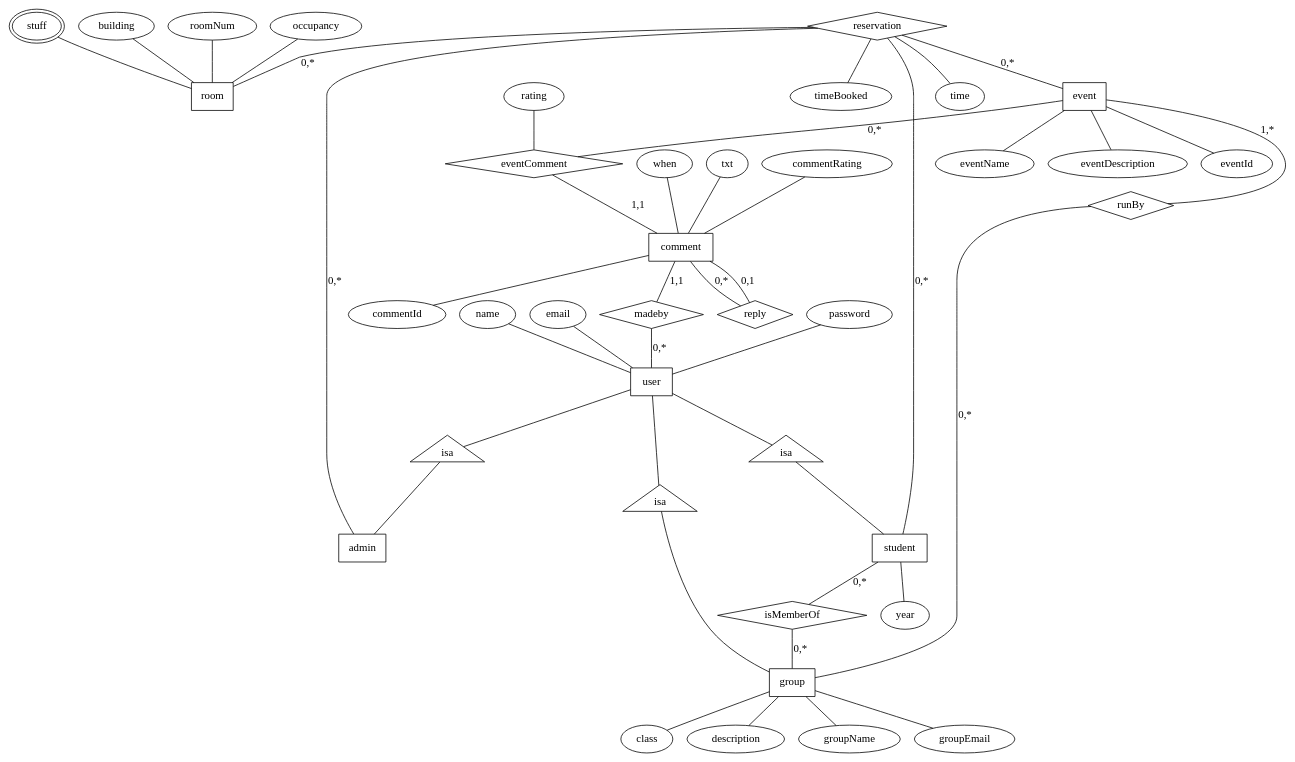
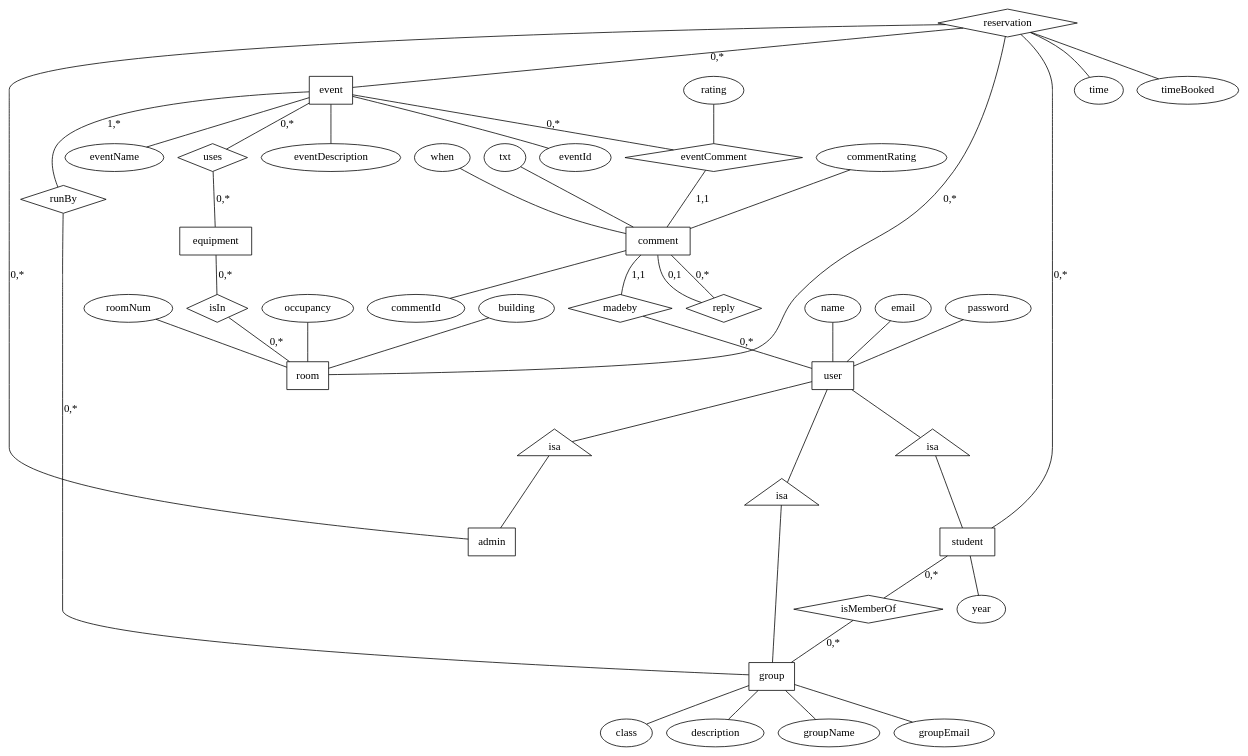
The diagram in ERmodel.dot (AstraLuma/restracker), drawn with Graphviz before and after one commit.

Commit message:
Next version of the ERmodel. Now with equipment entity

```diff
--- a/ERmodel.dot
+++ b/ERmodel.dot
@@ -1,81 +1,90 @@
 graph{
 room [shape=box];
 group [shape=box];
 event [shape=box];
 user [shape=box];
 admin [shape=box];
 student [shape=box];
 //session [shape=box];
 comment [shape=box];
+equipment [shape=box];
 
 isaadmin [shape=triangle,label=isa];
 isastudent [shape=triangle,label=isa];
 isagroup [shape=triangle,label=isa];
 
 isMemberOf [shape=diamond];
 runBy [shape=diamond];
 reservation [shape=diamond]; //make this an entity and relations not one-to-one?
 //loggedIn [shape=diamond];
 eventComment [shape=diamond];
 madeby [shape=diamond];
 reply [shape=diamond];
+isIn [shape=diamond];
+uses [shape=diamond];
 
-stuff[peripheries=2];
+
+//stuff[peripheries=2];
 
 //session--loggedIn [label="0,1"];
 //loggedIn--user [label="0,*"];
 
 event--eventComment [label="0,*"];
 eventComment--comment [label="1,1"];
 comment--madeby [label="1,1"];
 madeby--user [label="0,*"];
 comment--reply [label="0,*"];
 reply--comment [label="0,1"];
 
 user--isastudent--student;
 user--isaadmin--admin;
 user--isagroup--group;
 
 student--isMemberOf [label="0,*"];
 isMemberOf--group [label="0,*"];
 
+equipment--isIn [label="0,*"];
+isIn--room [label="0,*"];
+
 event--runBy [label="1,*"];
 runBy--group [label="0,*"];
+event--uses [label="0,*"];
+uses--equipment [label="0,*"];
 
 //primary key of reservation is room and time?
 student--reservation [label="0,*"];
 reservation--room [label="0,*"];
 reservation--event [label="0,*"]; //events can be in un-reservable places
 admin--reservation [label="0,*"];
 
 //attributes
 name--user;
 email--user; //key
 password--user;
 student--year;
 
 group--class;
 group--description;
 group--groupName; //key
 group--groupEmail; 
 
 building--room; //key
 roomNum--room; //key
 occupancy--room;
-stuff--room;
+//stuff--room;
 
 event--eventName;
 event--eventDescription;
 event--eventId; //key
 
 reservation--time;
 reservation--timeBooked;
 
 rating--eventComment;
 
 commentRating--comment;
 when--comment;
 txt--comment;
 comment--commentId; //key
 
 }
```
